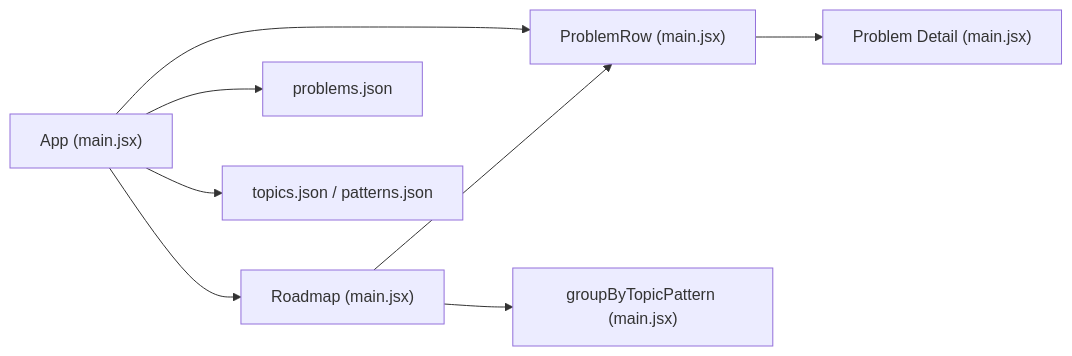
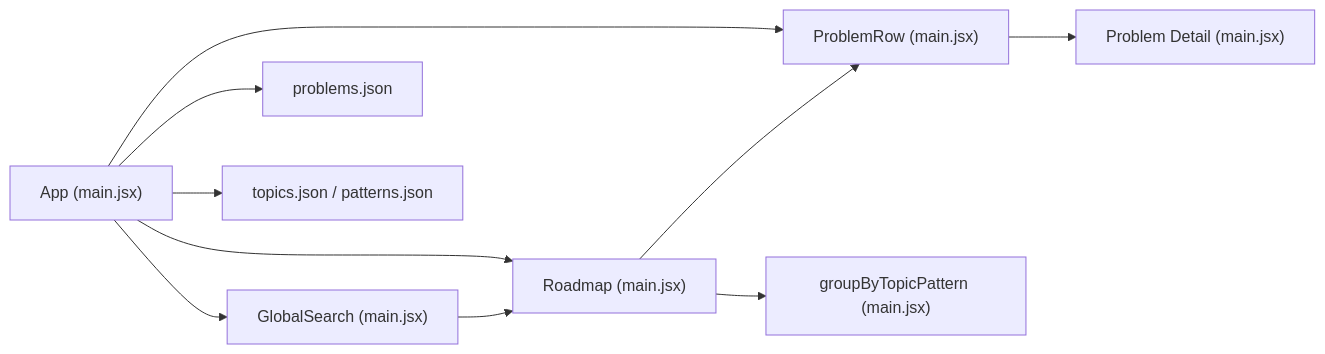
One commit to iamrituraj/DSA-Tracker changed the tenth of 10 diagrams in .qoder/repowiki/en/content/Frontend Application/Roadmap Component.md. Above: the diagram before and after it, drawn with Mermaid. The commit also changed other lines of this file and 8 other files, not shown here.

````diff
--- a/.qoder/repowiki/en/content/Frontend Application/Roadmap Component.md
+++ b/.qoder/repowiki/en/content/Frontend Application/Roadmap Component.md
@@ -333,10 +394,12 @@
 ```mermaid
 graph LR
-App["App (main.jsx)"] --> RM["Roadmap (main.jsx)"]
+App["App (main.jsx)"] --> GS["GlobalSearch (main.jsx)"]
+App --> RM["Roadmap (main.jsx)"]
 App --> PR["ProblemRow (main.jsx)"]
+GS --> RM
 RM --> GRP["groupByTopicPattern (main.jsx)"]
 RM --> PR
 PR --> Det["Problem Detail (main.jsx)"]
 App --> Data["problems.json"]
 App --> Meta["topics.json / patterns.json"]
 ```
````
